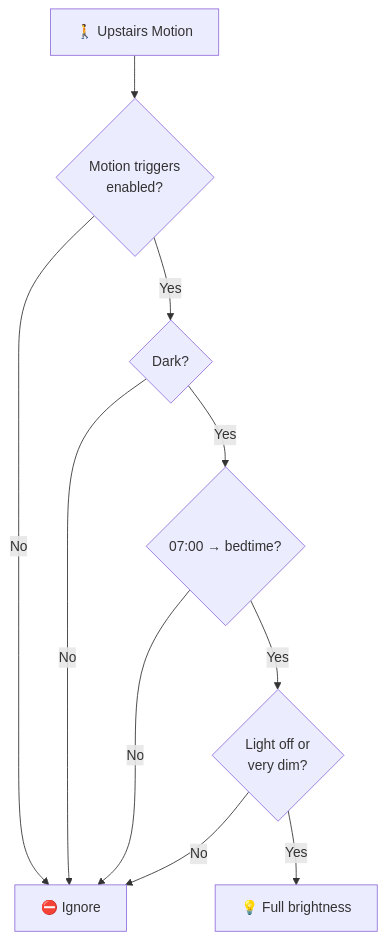
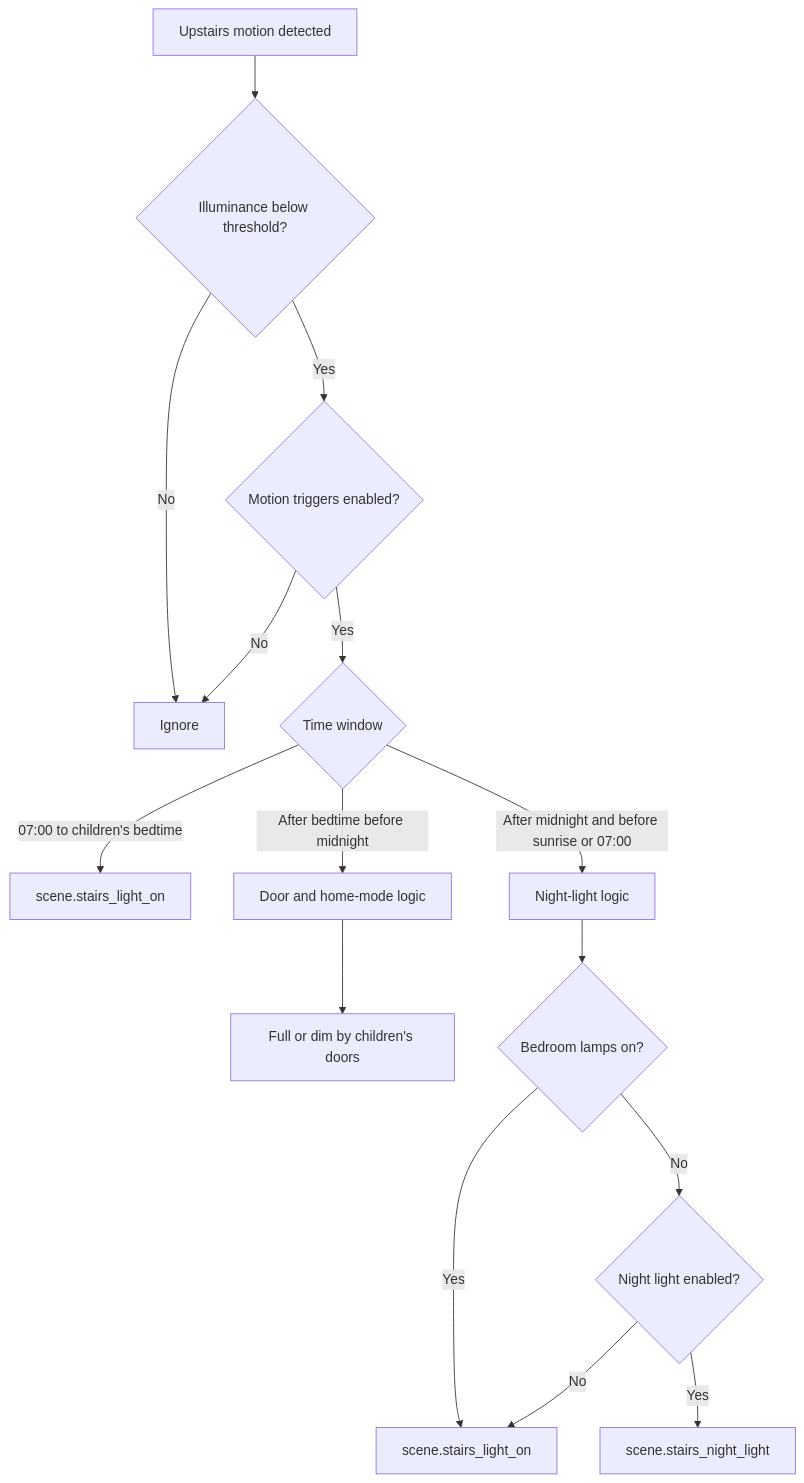
One commit to dannytsang/homeassistant-config changed the second of 2 diagrams in packages/rooms/stairs/README.md. Above: the diagram before and after it, drawn with Mermaid. The commit also changed other lines of this file and 60 other files, not shown here.

````diff
--- a/packages/rooms/stairs/README.md
+++ b/packages/rooms/stairs/README.md
@@ -136,12 +83,17 @@
 ```mermaid
 flowchart TD
-    A["🚶 Upstairs Motion"] --> B{"Motion triggers\nenabled?"}
-    B -->|No| Z["⛔ Ignore"]
-    B -->|Yes| C{"Dark?"}
-    C -->|No| Z
-    C -->|Yes| D{"07:00 → bedtime?"}
-    D -->|No| Z
-    D -->|Yes| E{"Light off or\nvery dim?"}
-    E -->|No| Z
-    E -->|Yes| F["💡 Full brightness"]
+    Motion[Upstairs motion detected] --> Dark{Illuminance below threshold?}
+    Dark -->|No| Ignore[Ignore]
+    Dark -->|Yes| Enabled{Motion triggers enabled?}
+    Enabled -->|No| Ignore
+    Enabled -->|Yes| Window{Time window}
+    Window -->|07:00 to children's bedtime| FullDay[scene.stairs_light_on]
+    Window -->|After bedtime before midnight| ChildLogic[Door and home-mode logic]
+    Window -->|After midnight and before sunrise or 07:00| NightLogic[Night-light logic]
+    ChildLogic --> FullOrDim[Full or dim by children's doors]
+    NightLogic --> BedroomOn{Bedroom lamps on?}
+    BedroomOn -->|Yes| FullNight[scene.stairs_light_on]
+    BedroomOn -->|No| NightEnabled{Night light enabled?}
+    NightEnabled -->|Yes| Red[scene.stairs_night_light]
+    NightEnabled -->|No| FullNight
 ```
````
